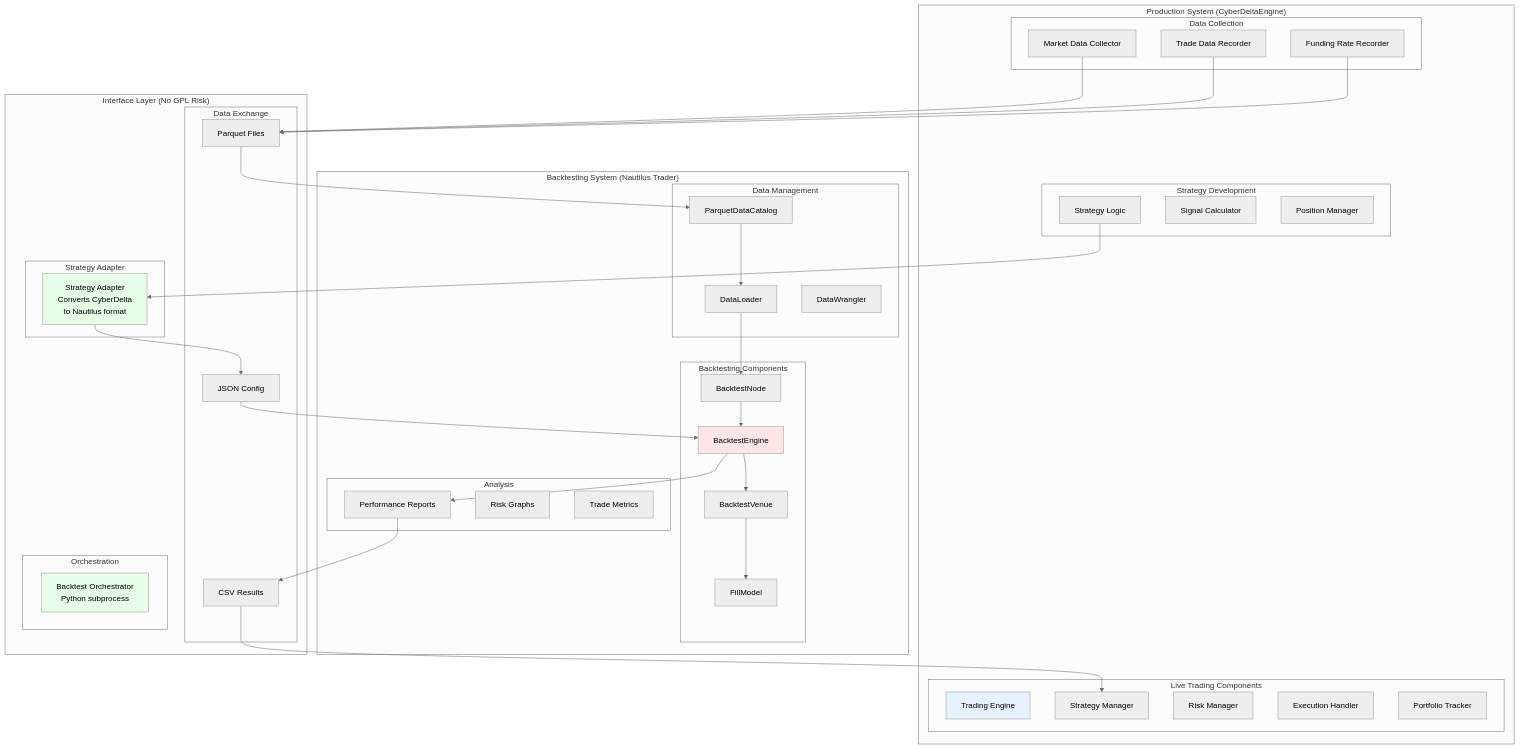
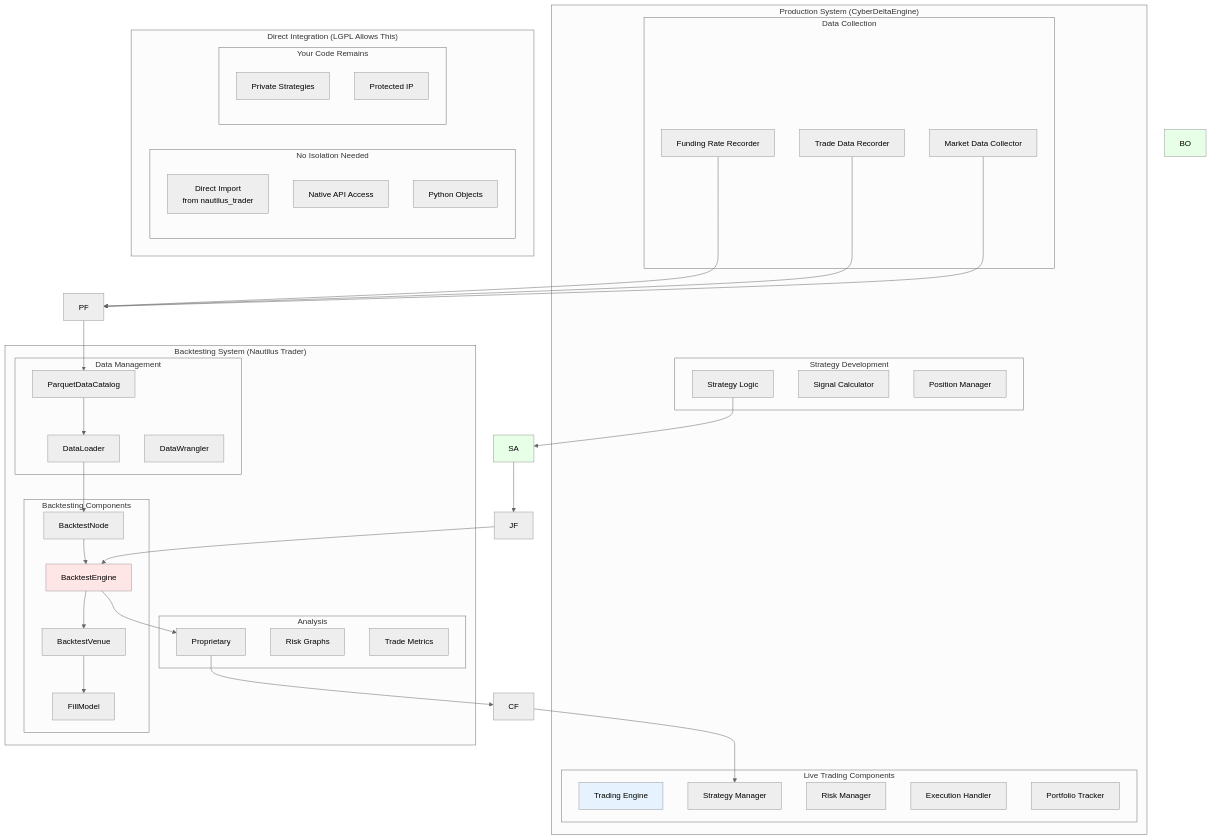
Before and after one commit to plataplomo/hummingbot: the third of 13 diagrams in workflow/cyberdelta_vs_nautilus/hybrid_approach_nautilus_backtesting.md, drawn with Mermaid (neutral theme). The commit also changed other lines of this file and 326 other files, not shown here.

First line of the commit message:
Refactor event bus architecture and enhance event handling (#100)

```diff
--- a/workflow/cyberdelta_vs_nautilus/hybrid_approach_nautilus_backtesting.md
+++ b/workflow/cyberdelta_vs_nautilus/hybrid_approach_nautilus_backtesting.md
@@ -165,19 +167,17 @@
         end
     end
 
-    subgraph "Interface Layer (No GPL Risk)"
-        subgraph "Data Exchange"
-            PF[Parquet Files]
-            JF[JSON Config]
-            CF[CSV Results]
+    subgraph "Direct Integration (LGPL Allows This)"
+        subgraph "No Isolation Needed"
+            DI[Direct Import<br/>from nautilus_trader]
+            NA[Native API Access]
+            PO[Python Objects]
         end
 
-        subgraph "Strategy Adapter"
-            SA[Strategy Adapter<br/>Converts CyberDelta<br/>to Nautilus format]
-        end
-
-        subgraph "Orchestration"
-            BO[Backtest Orchestrator<br/>Python subprocess]
+        subgraph "Your Code Remains"
+            PR[Proprietary]
+            PS[Private Strategies]
+            PT[Protected IP]
         end
     end
 
```
